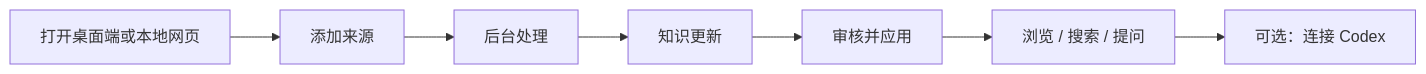
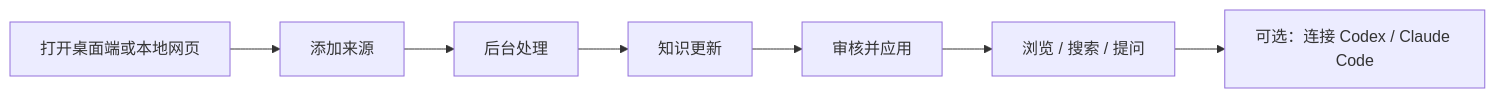
One commit to still0123/MemoryForge changed the diagram in docs/USER_GUIDE_CN.md. Above: the diagram before and after it, drawn with Mermaid. The commit also changed other lines of this file and 6 other files, not shown here.

Commit message:
feat: add Claude Code memory integration

````diff
--- a/docs/USER_GUIDE_CN.md
+++ b/docs/USER_GUIDE_CN.md
@@ -7,9 +7,9 @@
 ```mermaid
 flowchart LR
     A[打开桌面端或本地网页] --> B[添加来源]
     B --> C[后台处理]
     C --> D[知识更新]
     D --> E[审核并应用]
     E --> F[浏览 / 搜索 / 提问]
-    F --> G[可选：连接 Codex]
+    F --> G[可选：连接 Codex / Claude Code]
 ```
````
